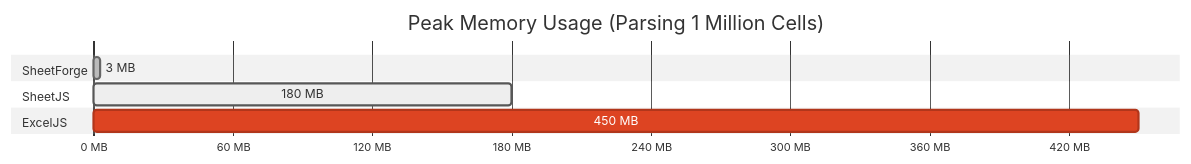
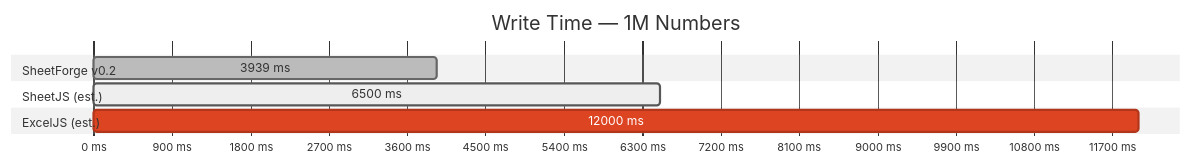
The diagram in README.md (xlsxflow/xlsxflow), drawn with Mermaid (neutral theme) before and after one commit. The commit also changed other lines of this file and 5 other files, not shown here.

````diff
--- a/README.md
+++ b/README.md
@@ -115,15 +119,15 @@
 ```mermaid
 gantt
-    title Peak Memory Usage (Parsing 1 Million Cells)
+    title Write Time — 1M Numbers
     dateFormat  X
-    axisFormat %s MB
+    axisFormat %s ms
+
+    section SheetForge v0.2
+    3939 ms   :done, 0, 3939
     
-    section SheetForge
-    3 MB   :done, 0, 3
+    section SheetJS (est.)
+    6500 ms   :active, 0, 6500
     
-    section SheetJS
-    180 MB :active, 0, 180
-    
-    section ExcelJS
-    450 MB :crit, 0, 450
+    section ExcelJS (est.)
+    12000 ms  :crit, 0, 12000
 ```
````
